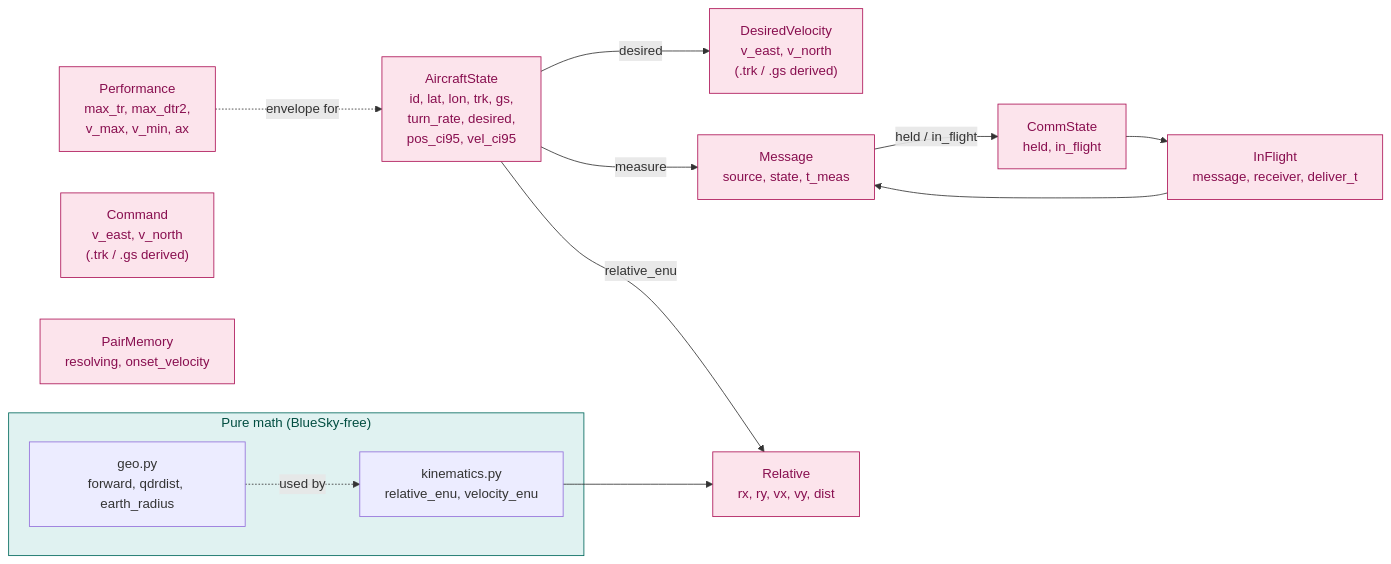
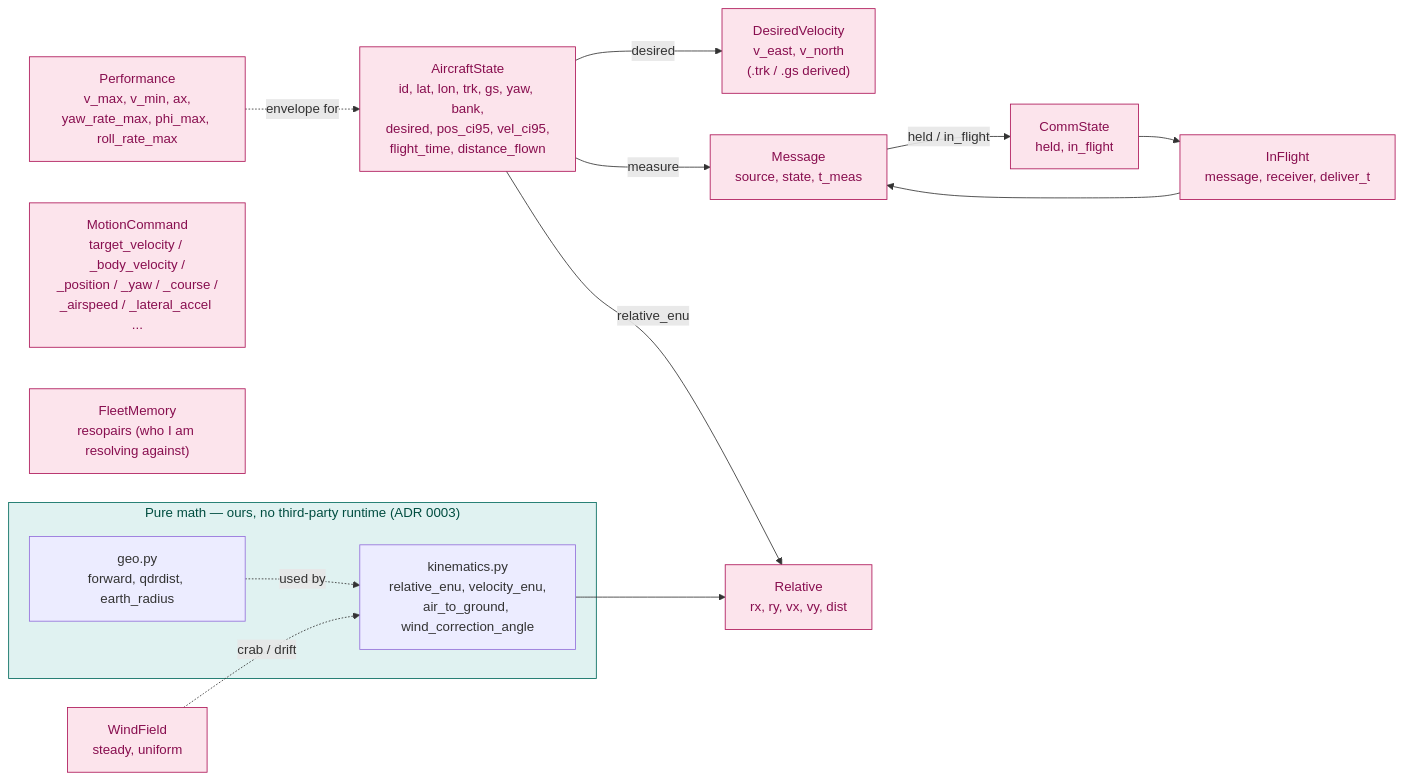
The fifth of 5 diagrams in vault/architecture-dataflow.md (fazlurnu/OpenCDaRR), drawn with Mermaid before and after one commit. The commit also changed other lines of this file and 15 other files, not shown here.

````diff
--- a/vault/architecture-dataflow.md
+++ b/vault/architecture-dataflow.md
@@ -214,32 +307,34 @@
 ```mermaid
 flowchart LR
-    AS["AircraftState<br/>id, lat, lon, trk, gs,<br/>turn_rate, desired,<br/>pos_ci95, vel_ci95"]
+    AS["AircraftState<br/>id, lat, lon, trk, gs, yaw, bank,<br/>desired, pos_ci95, vel_ci95,<br/>flight_time, distance_flown"]
     DV["DesiredVelocity<br/>v_east, v_north<br/>(.trk / .gs derived)"]
-    CMD["Command<br/>v_east, v_north<br/>(.trk / .gs derived)"]
+    CMD["MotionCommand<br/>target_velocity / _body_velocity /<br/>_position / _yaw / _course /<br/>_airspeed / _lateral_accel ..."]
     MSG["Message<br/>source, state, t_meas"]
     CS["CommState<br/>held, in_flight"]
     IF["InFlight<br/>message, receiver, deliver_t"]
-    PM["PairMemory<br/>resolving, onset_velocity"]
+    FM["FleetMemory<br/>resopairs (who I am resolving against)"]
     REL["Relative<br/>rx, ry, vx, vy, dist"]
-    PERF["Performance<br/>max_tr, max_dtr2,<br/>v_max, v_min, ax"]
+    PERF["Performance<br/>v_max, v_min, ax,<br/>yaw_rate_max, phi_max, roll_rate_max"]
+    WFv["WindField<br/>steady, uniform"]
 
     AS -->|desired| DV
     AS -->|measure| MSG
     MSG -->|held / in_flight| CS
     CS --> IF
     IF --> MSG
     AS -->|relative_enu| REL
     PERF -. envelope for .-> AS
 
-    subgraph geo_km["Pure math (BlueSky-free)"]
+    subgraph geo_km["Pure math — ours, no third-party runtime (ADR 0003)"]
         GEO["geo.py<br/>forward, qdrdist, earth_radius"]
-        KM["kinematics.py<br/>relative_enu, velocity_enu"]
+        KM["kinematics.py<br/>relative_enu, velocity_enu,<br/>air_to_ground, wind_correction_angle"]
     end
     KM --> REL
     GEO -. used by .-> KM
+    WFv -. crab / drift .-> KM
 
     classDef val fill:#fce4ec,stroke:#ad1457,color:#880e4f
     classDef math fill:#e0f2f1,stroke:#00695c,color:#004d40
-    class AS,DV,CMD,MSG,CS,IF,PM,REL,PERF val
+    class AS,DV,CMD,MSG,CS,IF,FM,REL,PERF,WFv val
     class geo_km math
 ```
````
